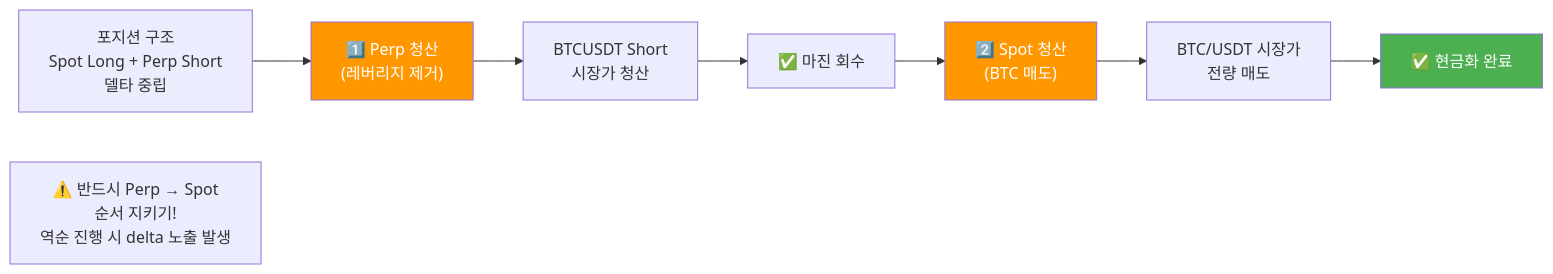
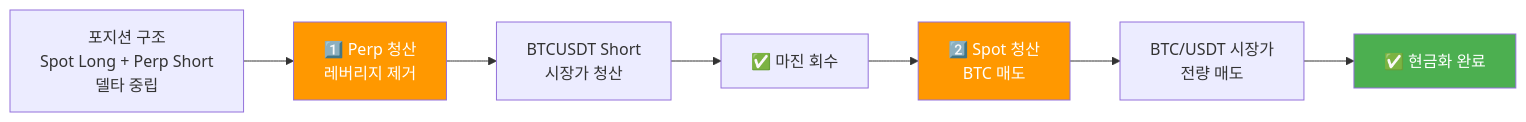
The second of 2 diagrams in cryptoengine/docs/policies/emergency-manual-close.md (Justant-source/Bit-Mania), drawn with Mermaid before and after one commit. The commit also changed other lines of this file and 25 other files, not shown here.

First line of the commit message:
fix(docs): repair Mermaid diagrams for GitHub rendering (30 files)

````diff
--- a/cryptoengine/docs/policies/emergency-manual-close.md
+++ b/cryptoengine/docs/policies/emergency-manual-close.md
@@ -88,15 +88,13 @@
 ```mermaid
 flowchart LR
-    A["포지션 구조\nSpot Long + Perp Short\n델타 중립"] --> B["1️⃣ Perp 청산\n(레버리지 제거)"]
-    B --> C["BTCUSDT Short\n시장가 청산"]
+    A["포지션 구조<br/>Spot Long + Perp Short<br/>델타 중립"] --> B["1️⃣ Perp 청산<br/>레버리지 제거"]
+    B --> C["BTCUSDT Short<br/>시장가 청산"]
     C --> D["✅ 마진 회수"]
-    D --> E["2️⃣ Spot 청산\n(BTC 매도)"]
-    E --> F["BTC/USDT 시장가\n전량 매도"]
+    D --> E["2️⃣ Spot 청산<br/>BTC 매도"]
+    E --> F["BTC/USDT 시장가<br/>전량 매도"]
     F --> G["✅ 현금화 완료"]
     
     style B fill:#ff9800,color:#fff
     style E fill:#ff9800,color:#fff
     style G fill:#4caf50,color:#fff
-    
-    note["⚠️ 반드시 Perp → Spot\n순서 지키기!<br/>역순 진행 시 delta 노출 발생"]
 ```
````
